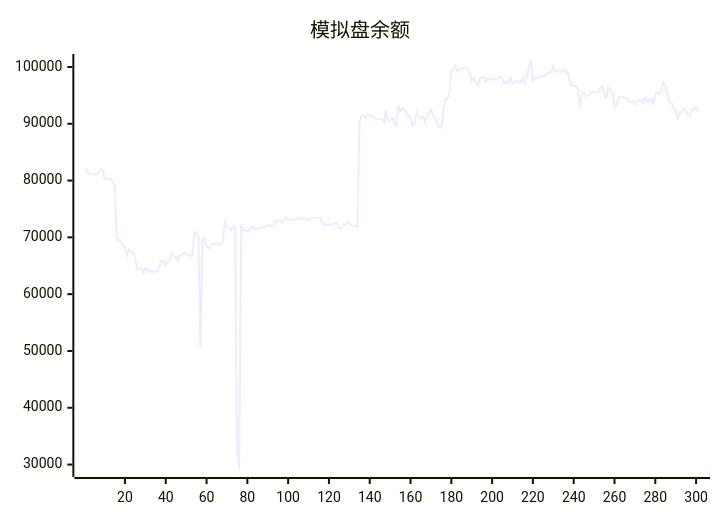
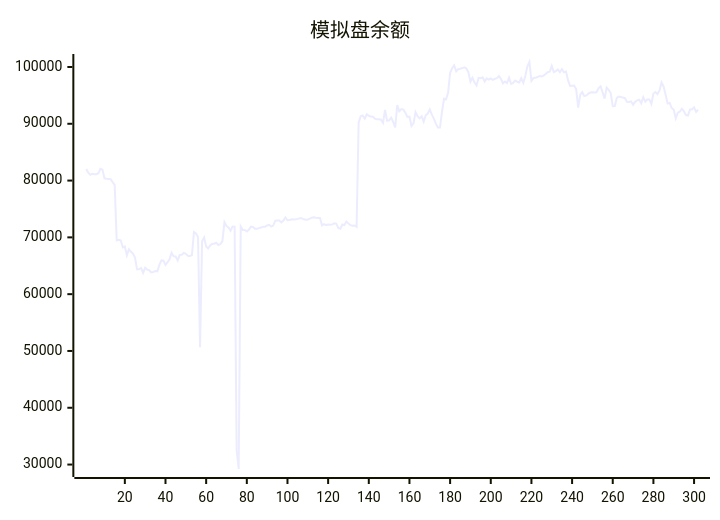
The diagram in README.md (aahl/ai-trading), drawn with Mermaid before and after one commit. The commit also changed other lines of this file and 1 other file, not shown here.

````diff
--- a/README.md
+++ b/README.md
@@ -5,5 +5,5 @@
 ```mermaid
 xychart
     title "模拟盘余额"
-    line [82016,81401,81019,81186,81130,81118,81306,82066,81909,80392,80304,80291,80258,79729,79261,69466,69579,69456,68251,68415,66832,67911,67462,67144,66432,64380,64375,64606,63741,64647,64324,64216,63842,63877,64079,64008,65156,65945,65888,65157,65625,66144,67284,66653,66639,65924,66925,66956,67263,67108,66766,66729,66886,70927,70673,70049,50652,69334,69973,68400,68061,68578,68877,68879,69055,68662,68822,69329,72687,71999,71760,71163,71911,71896,32500,29218,71927,71297,71305,71044,71337,71883,71822,71536,71536,71622,71723,71880,71860,72100,72216,71887,72077,72940,72976,72966,72638,72948,73497,73004,73041,73173,73160,73187,73258,73375,73351,73173,73098,73161,73305,73474,73536,73457,73413,73412,72100,72333,72164,72272,72204,72285,72461,72421,71652,71521,72267,72157,72774,72425,72144,72060,72091,71858,90185,91338,91466,90900,91678,91404,91268,91244,90903,90779,90787,90721,90187,92429,90518,90619,91070,90328,89376,93286,92202,92581,92485,91947,91196,91259,89619,90086,92063,91355,90950,91327,90373,91498,91800,92531,91603,90910,90031,89351,89334,92097,94406,94315,95455,98972,99763,100286,99229,99622,99701,99805,99938,99738,99082,97430,98094,97267,96741,98081,98013,98194,97447,97983,97789,97969,97729,97911,98043,98405,97912,97120,97448,97154,98095,97021,97191,97616,97402,97263,98035,97210,98424,100121,100876,97552,98049,98085,98228,98388,98342,98488,98750,99086,99181,100188,99107,99272,99553,99072,99636,99061,99186,97674,96679,96704,96743,96096,92830,95088,95560,94866,94995,95295,95497,95531,95527,95559,96236,96597,95538,94422,96363,95972,95418,93095,93128,94558,94795,94727,94611,94508,93857,93852,93955,93340,93862,94112,94249,93603,94682,93898,94267,94288,93490,95337,95601,95226,95879,97301,96573,95113,93569,93681,92773,92453,90953,91954,92130,92637,92209,91536,91462,92532,92562,92875,92086]
+    line [82016,81401,81019,81186,81130,81118,81306,82066,81909,80392,80304,80291,80258,79729,79261,69466,69579,69456,68251,68415,66832,67911,67462,67144,66432,64380,64375,64606,63741,64647,64324,64216,63842,63877,64079,64008,65156,65945,65888,65157,65625,66144,67284,66653,66639,65924,66925,66956,67263,67108,66766,66729,66886,70927,70673,70049,50652,69334,69973,68400,68061,68578,68877,68879,69055,68662,68822,69329,72687,71999,71760,71163,71911,71896,32500,29218,71927,71297,71305,71044,71337,71883,71822,71536,71536,71622,71723,71880,71860,72100,72216,71887,72077,72940,72976,72966,72638,72948,73497,73004,73041,73173,73160,73187,73258,73375,73351,73173,73098,73161,73305,73474,73536,73457,73413,73412,72100,72333,72164,72272,72204,72285,72461,72421,71652,71521,72267,72157,72774,72425,72144,72060,72091,71858,90185,91338,91466,90900,91678,91404,91268,91244,90903,90779,90787,90721,90187,92429,90518,90619,91070,90328,89376,93286,92202,92581,92485,91947,91196,91259,89619,90086,92063,91355,90950,91327,90373,91498,91800,92531,91603,90910,90031,89351,89334,92097,94406,94315,95455,98972,99763,100286,99229,99622,99701,99805,99938,99738,99082,97430,98094,97267,96741,98081,98013,98194,97447,97983,97789,97969,97729,97911,98043,98405,97912,97120,97448,97154,98095,97021,97191,97616,97402,97263,98035,97210,98424,100121,100876,97552,98049,98085,98228,98388,98342,98488,98750,99086,99181,100188,99107,99272,99553,99072,99636,99061,99186,97674,96679,96704,96743,96096,92830,95088,95560,94866,94995,95295,95497,95531,95527,95559,96236,96597,95538,94422,96363,95972,95418,93095,93128,94558,94795,94727,94611,94508,93857,93852,93955,93340,93862,94112,94249,93603,94682,93898,94267,94288,93490,95337,95601,95226,95879,97301,96573,95113,93569,93681,92773,92453,90953,91954,92130,92637,92209,91536,91462,92532,92562,92875,92086,92488]
 ```
````
